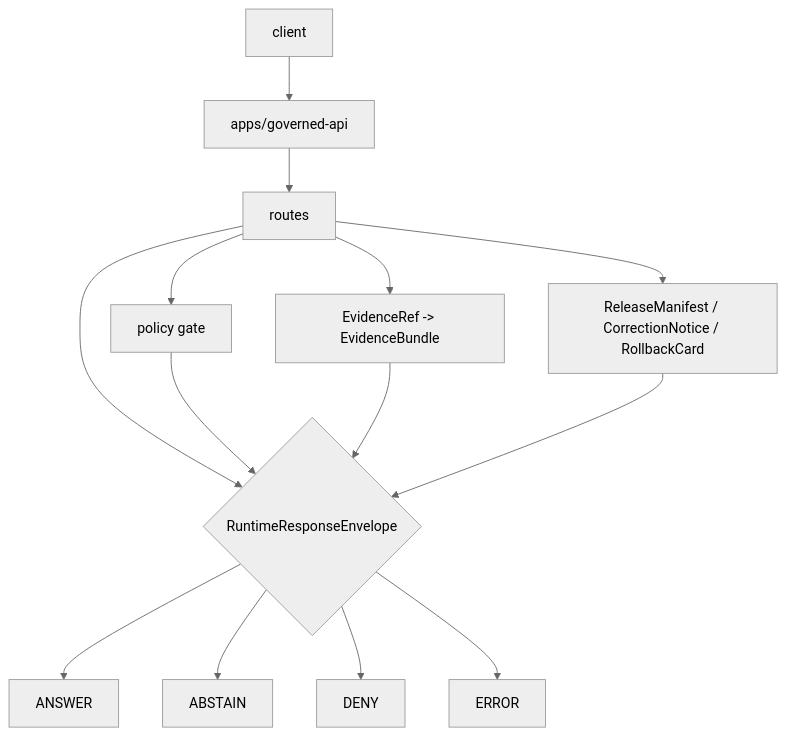
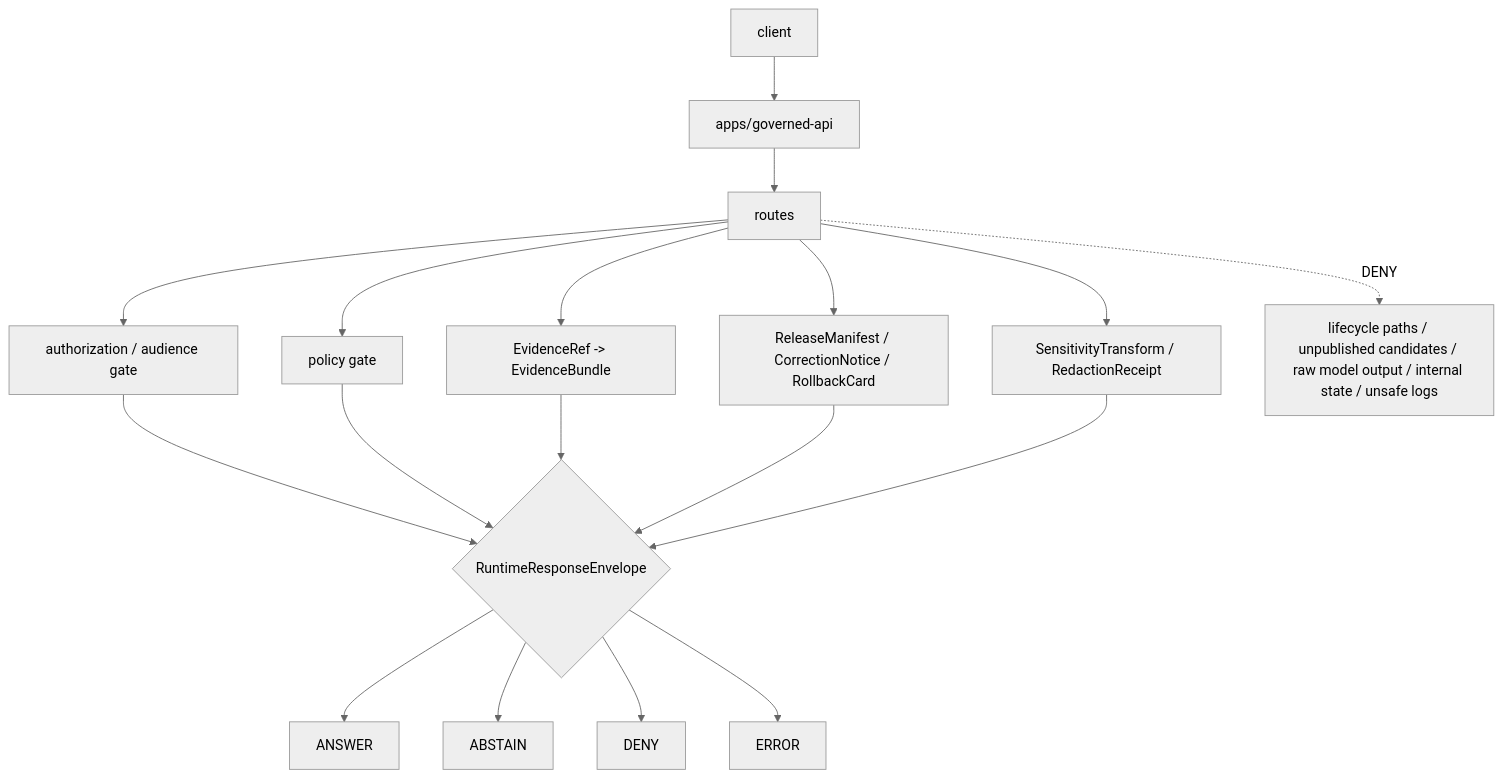
Before and after one commit to bartytime4life/Kansas-Frontier-Matrix: the diagram in apps/governed-api/routes/README.md, drawn with Mermaid (neutral theme). The commit also changed other lines of this file, not shown here.

Commit message:
docs: update governed api routes readme

````diff
--- a/apps/governed-api/routes/README.md
+++ b/apps/governed-api/routes/README.md
@@ -213,16 +273,20 @@
 ```mermaid
 flowchart TD
     client["client"] --> api["apps/governed-api"]
     api --> routes["routes"]
+    routes --> auth["authorization / audience gate"]
     routes --> policy["policy gate"]
     routes --> evidence["EvidenceRef -> EvidenceBundle"]
     routes --> release["ReleaseManifest / CorrectionNotice / RollbackCard"]
-    routes --> outcome{"RuntimeResponseEnvelope"}
+    routes --> transform["SensitivityTransform / RedactionReceipt"]
+    auth --> outcome{"RuntimeResponseEnvelope"}
     policy --> outcome
     evidence --> outcome
     release --> outcome
+    transform --> outcome
     outcome --> answer["ANSWER"]
     outcome --> abstain["ABSTAIN"]
     outcome --> deny["DENY"]
     outcome --> error["ERROR"]
+    routes -. DENY .-> bypass["lifecycle paths / unpublished candidates / raw model output / internal state / unsafe logs"]
 ```
````
